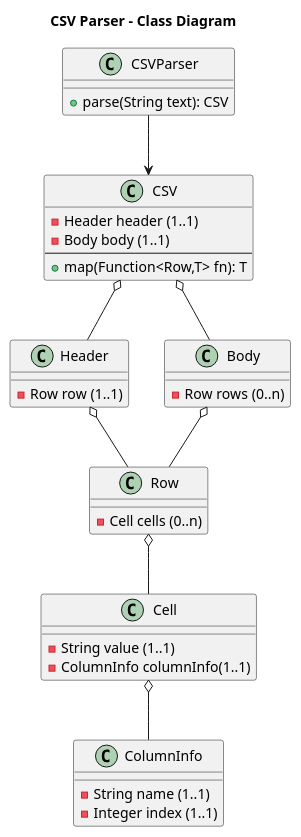
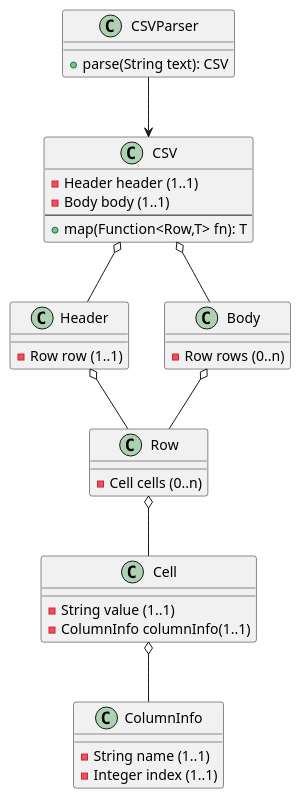
One commit to TristanoSuriani/csvtdd changed the diagram in docs/ClassDiagram.puml. Above: the diagram before and after it, drawn with PlantUML. The commit also changed 3 other files, not shown here.

```diff
--- a/docs/ClassDiagram.puml
+++ b/docs/ClassDiagram.puml
@@ -1,47 +1,44 @@
 @startuml
-
-title CSV Parser - Class Diagram
-
 
 class CSVParser {
   +parse(String text): CSV
 }
 
 class CSV {
   -Header header (1..1)
   -Body body (1..1)
   --
   +map(Function<Row,T> fn): T
 }
 
 class Header {
   -Row row (1..1)
 }
 
 class Body {
   -Row rows (0..n)
 }
 
 class Row {
   -Cell cells (0..n)
 }
 
 class Cell {
   -String value (1..1)
   -ColumnInfo columnInfo(1..1)
 }
 
 class ColumnInfo {
   -String name (1..1)
   -Integer index (1..1)
 }
 
 CSVParser -down-> CSV
 CSV o-down- Header
 CSV o-down- Body
 Body o-down- Row
 Header o-down- Row
 Row o-down- Cell
 Cell o-down- ColumnInfo
 
 @enduml
```
